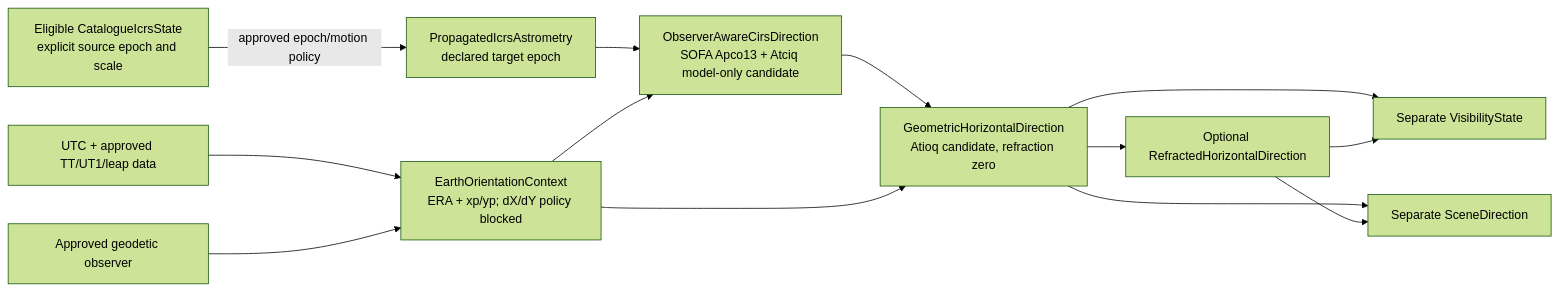
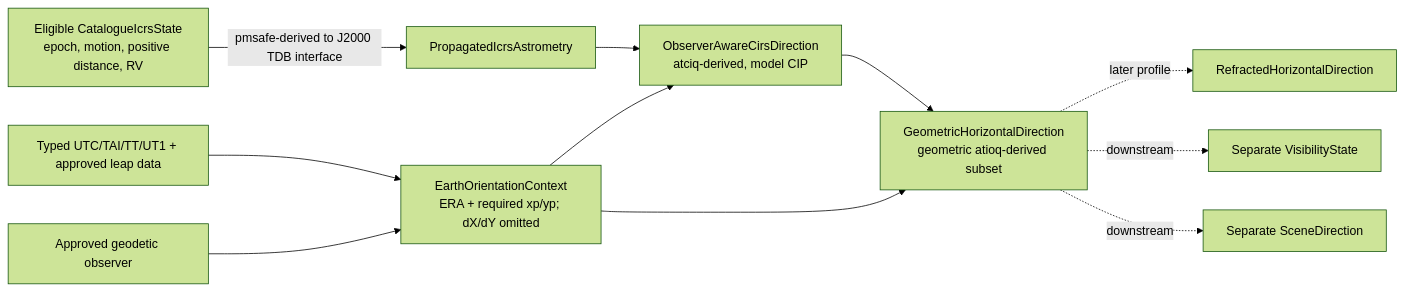
One commit to Banaf3/UFUQ changed the diagram in docs/ASTRONOMY_SPEC.md. Above: the diagram before and after it, drawn with Mermaid (forest theme). The commit also changed other lines of this file and 20 other files, not shown here.

````diff
--- a/docs/ASTRONOMY_SPEC.md
+++ b/docs/ASTRONOMY_SPEC.md
@@ -235,15 +236,13 @@
 ```mermaid
 flowchart LR
-  CAT[Eligible CatalogueIcrsState<br/>explicit source epoch and scale] -->|approved epoch/motion policy| PROP[PropagatedIcrsAstrometry<br/>declared target epoch]
-  PROP --> CIRS[ObserverAwareCirsDirection<br/>SOFA Apco13 + Atciq model-only candidate]
-  TIME[UTC + approved TT/UT1/leap data] --> EOP[EarthOrientationContext<br/>ERA + xp/yp; dX/dY policy blocked]
+  CAT[Eligible CatalogueIcrsState<br/>epoch, motion, positive distance, RV] -->|pmsafe-derived to J2000 TDB interface| PROP[PropagatedIcrsAstrometry]
+  PROP --> CIRS[ObserverAwareCirsDirection<br/>atciq-derived, model CIP]
+  TIME[Typed UTC/TAI/TT/UT1 + approved leap data] --> EOP[EarthOrientationContext<br/>ERA + required xp/yp; dX/dY omitted]
   OBS[Approved geodetic observer] --> EOP
   EOP --> CIRS
-  CIRS --> GEO[GeometricHorizontalDirection<br/>Atioq candidate, refraction zero]
+  CIRS --> GEO[GeometricHorizontalDirection<br/>geometric atioq-derived subset]
   EOP --> GEO
-  GEO --> REF[Optional RefractedHorizontalDirection]
-  GEO --> VIS[Separate VisibilityState]
-  REF --> VIS
-  GEO --> SCENE[Separate SceneDirection]
-  REF --> SCENE
+  GEO -. later profile .-> REF[RefractedHorizontalDirection]
+  GEO -. downstream .-> VIS[Separate VisibilityState]
+  GEO -. downstream .-> SCENE[Separate SceneDirection]
 ```
````
